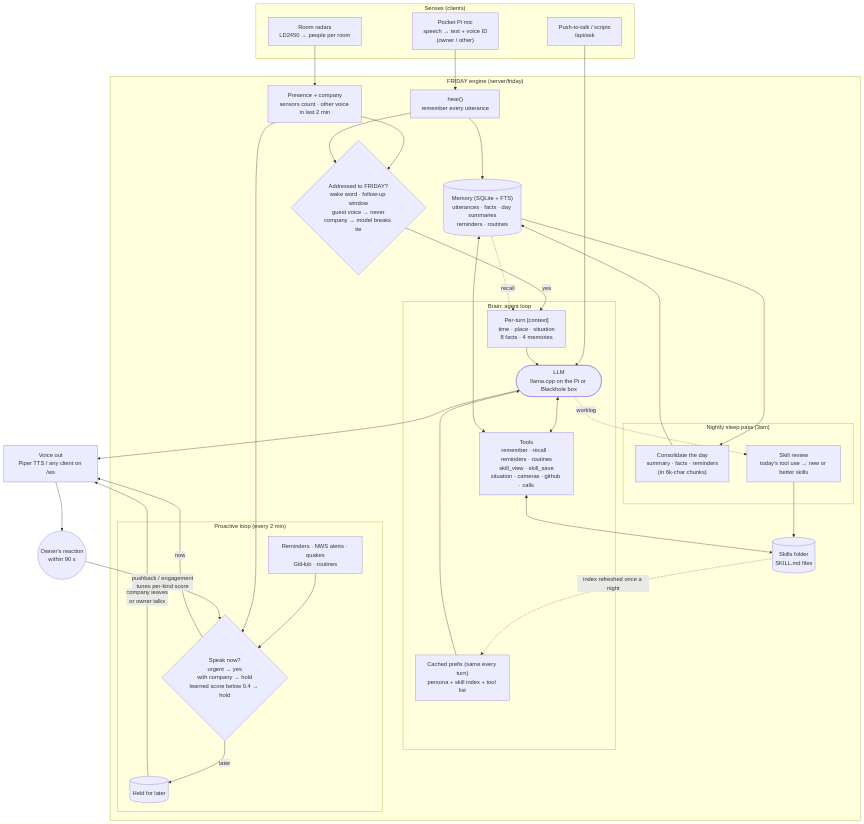
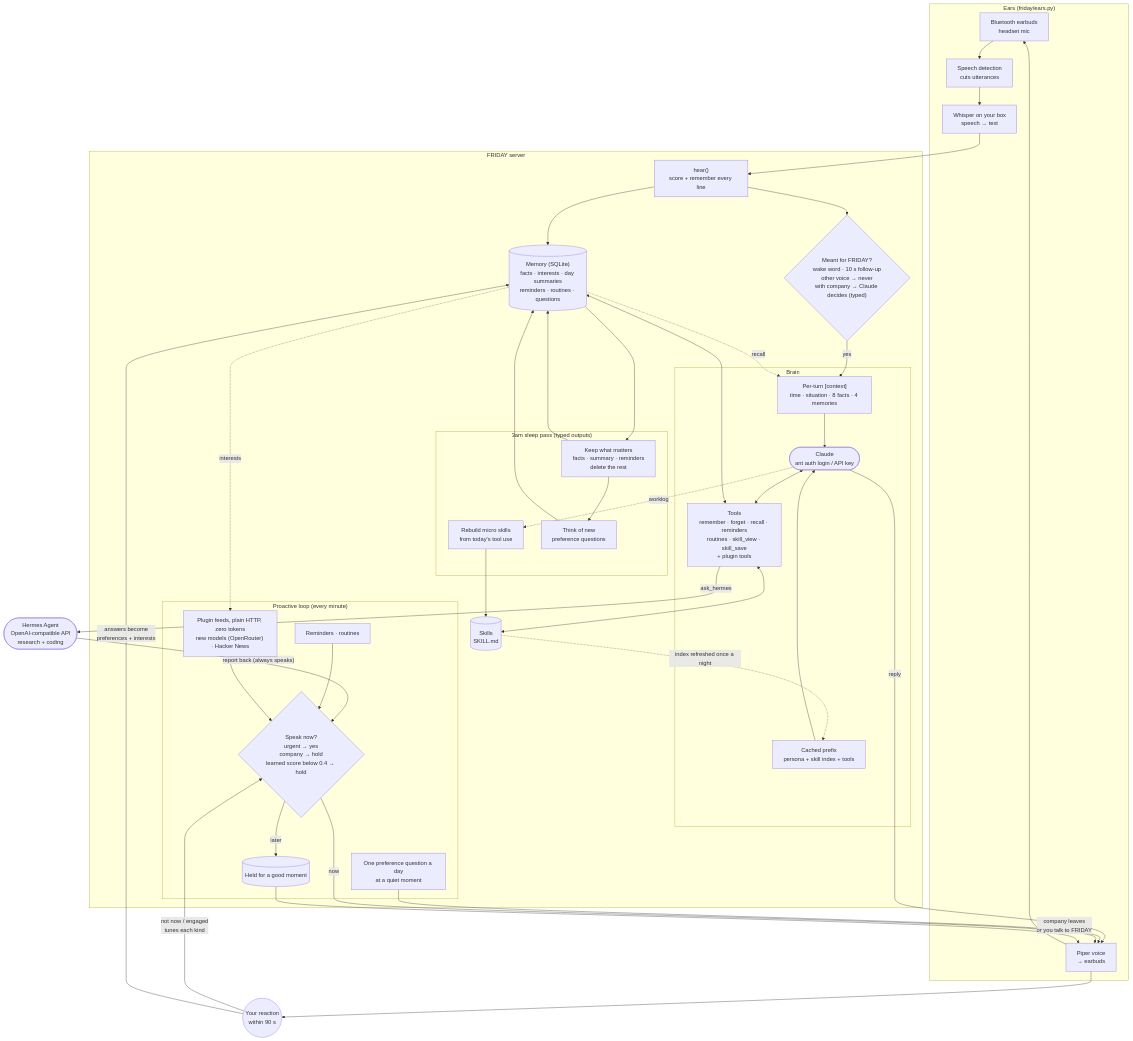
One commit to thesnarkitecht/friday changed the first of 2 diagrams in docs/ARCHITECTURE.md. Above: the diagram before and after it, drawn with Mermaid. The commit also changed other lines of this file and 29 other files, not shown here.

First line of the commit message:
Rebuild FRIDAY as an earbud assistant on Claude with plugins in one container

````diff
--- a/docs/ARCHITECTURE.md
+++ b/docs/ARCHITECTURE.md
@@ -5,66 +7,73 @@
 ```mermaid
 flowchart TB
-    subgraph IN["Senses (clients)"]
-        mic["Pocket Pi mic<br/>speech → text + voice ID<br/>(owner / other)"]
-        radar["Room radars<br/>LD2450 → people per room"]
-        ptt["Push-to-talk / scripts<br/>/api/ask"]
+    subgraph EARS["Ears (friday/ears.py)"]
+        buds["Bluetooth earbuds<br/>headset mic"]
+        vad["Speech detection<br/>cuts utterances"]
+        stt["Whisper on your box<br/>speech → text"]
+        tts["Piper voice<br/>→ earbuds"]
     end
 
-    subgraph ENGINE["FRIDAY engine (server/friday)"]
-        hear["hear()<br/>remember every utterance"]
-        who{"Addressed to FRIDAY?<br/>wake word · follow-up window<br/>guest voice → never<br/>company → model breaks tie"}
-        presence["Presence + company<br/>sensors count · other voice in last 2 min"]
+    subgraph SERVER["FRIDAY server"]
+        hear["hear()<br/>score + remember every line"]
+        who{"Meant for FRIDAY?<br/>wake word · 10 s follow-up<br/>other voice → never<br/>with company → Claude decides (typed)"}
 
-        subgraph BRAIN["Brain: agent loop"]
-            prefix["Cached prefix (same every turn)<br/>persona + skill index + tool list"]
-            ctx["Per-turn [context]<br/>time · place · situation<br/>8 facts · 4 memories"]
-            llm(["LLM<br/>llama.cpp on the Pi or Blackhole box"])
-            tools["Tools<br/>remember · recall · reminders · routines<br/>skill_view · skill_save<br/>situation · cameras · github · calls"]
+        subgraph BRAIN["Brain"]
+            prefix["Cached prefix<br/>persona + skill index + tools"]
+            ctx["Per-turn [context]<br/>time · situation · 8 facts · 4 memories"]
+            claude(["Claude<br/>ant auth login / API key"])
+            tools["Tools<br/>remember · forget · recall · reminders<br/>routines · skill_view · skill_save<br/>+ plugin tools"]
         end
 
-        mem[("Memory (SQLite + FTS)<br/>utterances · facts · day summaries<br/>reminders · routines")]
-        skills[("Skills folder<br/>SKILL.md files")]
+        mem[("Memory (SQLite)<br/>facts · interests · day summaries<br/>reminders · routines · questions")]
+        skills[("Skills<br/>SKILL.md")]
 
-        subgraph PRO["Proactive loop (every 2 min)"]
-            feeds["Reminders · NWS alerts · quakes<br/>GitHub · routines"]
-            gate{"Speak now?<br/>urgent → yes<br/>with company → hold<br/>learned score below 0.4 → hold"}
-            held[("Held for later")]
+        subgraph PRO["Proactive loop (every minute)"]
+            due["Reminders · routines"]
+            feeds["Plugin feeds, plain HTTP, zero tokens<br/>new models (OpenRouter) · Hacker News"]
+            ask["One preference question a day<br/>at a quiet moment"]
+            gate{"Speak now?<br/>urgent → yes<br/>company → hold<br/>learned score below 0.4 → hold"}
+            held[("Held for a good moment")]
         end
 
-        subgraph NIGHT["Nightly sleep pass (3am)"]
-            consolidate["Consolidate the day<br/>summary · facts · reminders<br/>(in 6k-char chunks)"]
-            review["Skill review<br/>today's tool use → new or better skills"]
+        subgraph NIGHT["3am sleep pass (typed outputs)"]
+            keep["Keep what matters<br/>facts · summary · reminders<br/>delete the rest"]
+            review["Rebuild micro skills<br/>from today's tool use"]
+            newq["Think of new<br/>preference questions"]
         end
     end
 
-    out["Voice out<br/>Piper TTS / any client on /ws"]
-    owner(("Owner's reaction<br/>within 90 s"))
+    hermes(["Hermes Agent<br/>OpenAI-compatible API<br/>research + coding"])
+    you(("Your reaction<br/>within 90 s"))
 
-    mic --> hear
-    ptt --> llm
-    radar --> presence
-    presence --> who
+    buds --> vad --> stt --> hear
     hear --> mem
     hear --> who
     who -- yes --> ctx
-    prefix --> llm
-    ctx --> llm
     mem -. recall .-> ctx
-    llm <--> tools
+    prefix --> claude
+    ctx --> claude
+    claude <--> tools
     tools <--> mem
     tools <--> skills
-    llm --> out
+    tools -- ask_hermes --> hermes
+    hermes -- "report back (always speaks)" --> gate
+    claude -- reply --> tts
 
+    due --> gate
     feeds --> gate
-    presence --> gate
-    gate -- now --> out
+    ask --> tts
+    gate -- now --> tts
     gate -- later --> held
-    held -- "company leaves<br/>or owner talks" --> out
+    held -- "company leaves<br/>or you talk to FRIDAY" --> tts
+    tts --> buds
 
-    out --> owner
-    owner -- "pushback / engagement<br/>tunes per-kind score" --> gate
+    tts --> you
+    you -- "not now / engaged<br/>tunes each kind" --> gate
+    you -- "answers become<br/>preferences + interests" --> mem
+    mem -. interests .-> feeds
 
-    mem --> consolidate --> mem
-    llm -. worklog .-> review --> skills
+    mem --> keep --> mem
+    claude -. worklog .-> review --> skills
+    keep --> newq --> mem
     skills -. "index refreshed once a night" .-> prefix
 ```
````
